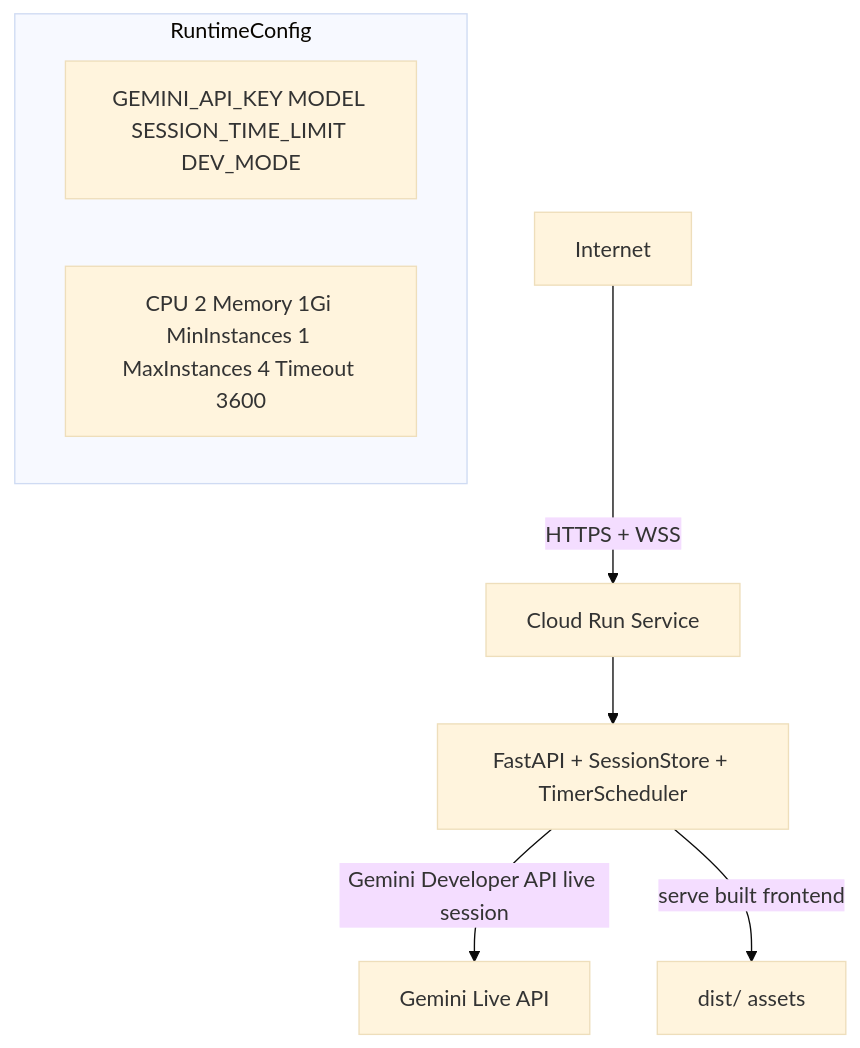
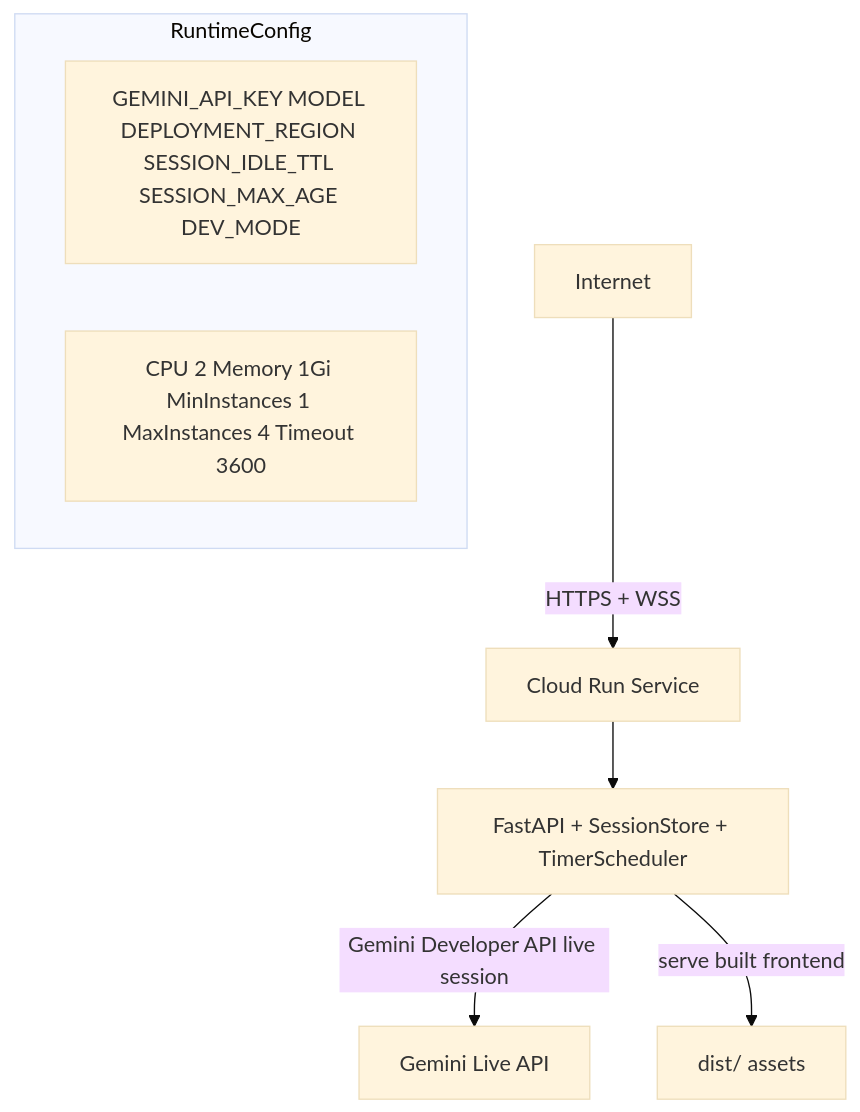
The seventh of 9 diagrams in docs/design.md (QasimKhan5d/SousChefLive), drawn with Mermaid (base theme) before and after one commit. The commit also changed other lines of this file and 25 other files, not shown here.

````diff
--- a/docs/design.md
+++ b/docs/design.md
@@ -767,12 +767,12 @@
 ```mermaid
 graph TB
   Internet["Internet"] -->|"HTTPS + WSS"| CloudRun["Cloud Run Service"]
   CloudRun --> Instance["FastAPI + SessionStore + TimerScheduler"]
   Instance -->|"Gemini Developer API live session"| GeminiApi["Gemini Live API"]
   Instance -->|"serve built frontend"| BrowserAssets["dist/ assets"]
 
   subgraph config [RuntimeConfig]
-    Env["GEMINI_API_KEY MODEL SESSION_TIME_LIMIT DEV_MODE"]
+    Env["GEMINI_API_KEY MODEL DEPLOYMENT_REGION SESSION_IDLE_TTL SESSION_MAX_AGE DEV_MODE"]
     Resources["CPU 2 Memory 1Gi MinInstances 1 MaxInstances 4 Timeout 3600"]
   end
 ```
````
